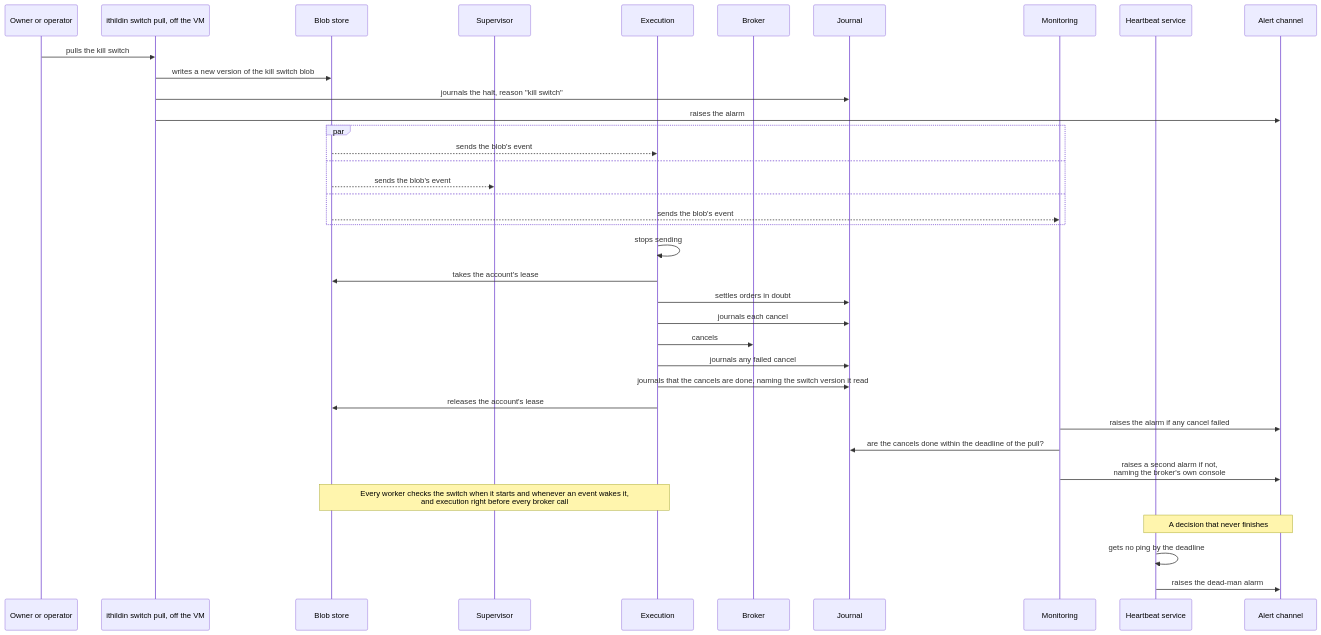
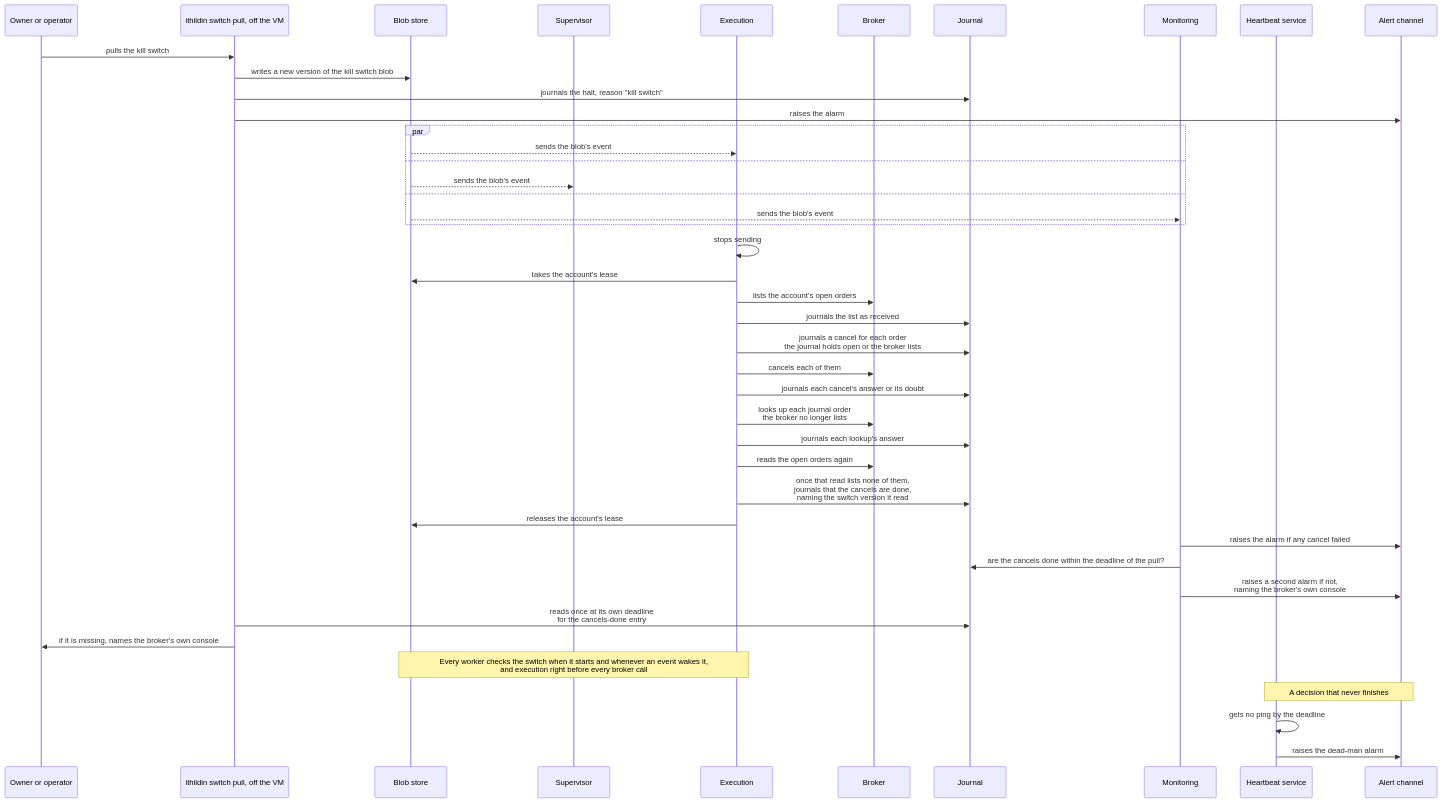
Diagram 15 of 17 in docs/architecture/06-runtime.md (l3a0/ithildin-runtime), drawn with Mermaid before and after one commit. The commit also changed other lines of this file and 13 other files, not shown here.

First line of the commit message:
docs: apply round 1 of a review of the merged slice 1 architecture and design

````diff
--- a/docs/architecture/06-runtime.md
+++ b/docs/architecture/06-runtime.md
@@ -832,41 +832,47 @@
 ```mermaid
 sequenceDiagram
     participant P as Owner or operator
     participant K as ithildin switch pull, off the VM
     participant F as Blob store
     participant V as Supervisor
     participant X as Execution
     participant B as Broker
     participant J as Journal
     participant M as Monitoring
     participant H as Heartbeat service
     participant A as Alert channel
 
     P->>K: pulls the kill switch
     K->>F: writes a new version of the kill switch blob
     K->>J: journals the halt, reason "kill switch"
     K->>A: raises the alarm
     par
         F-->>X: sends the blob's event
     and
         F-->>V: sends the blob's event
     and
         F-->>M: sends the blob's event
     end
     X->>X: stops sending
     X->>F: takes the account's lease
-    X->>J: settles orders in doubt
-    X->>J: journals each cancel
-    X->>B: cancels
-    X->>J: journals any failed cancel
-    X->>J: journals that the cancels are done, naming the switch version it read
+    X->>B: lists the account's open orders
+    X->>J: journals the list as received
+    X->>J: journals a cancel for each order<br/>the journal holds open or the broker lists
+    X->>B: cancels each of them
+    X->>J: journals each cancel's answer or its doubt
+    X->>B: looks up each journal order<br/>the broker no longer lists
+    X->>J: journals each lookup's answer
+    X->>B: reads the open orders again
+    X->>J: once that read lists none of them,<br/>journals that the cancels are done,<br/>naming the switch version it read
     X->>F: releases the account's lease
     M->>A: raises the alarm if any cancel failed
     M->>J: are the cancels done within the deadline of the pull?
     M->>A: raises a second alarm if not,<br/>naming the broker's own console
+    K->>J: reads once at its own deadline<br/>for the cancels-done entry
+    K->>P: if it is missing, names the broker's own console
     Note over F,X: Every worker checks the switch when it starts and whenever an event wakes it,<br/>and execution right before every broker call
 
     Note over H,A: A decision that never finishes
     H->>H: gets no ping by the deadline
     H->>A: raises the dead-man alarm
 ```
````
